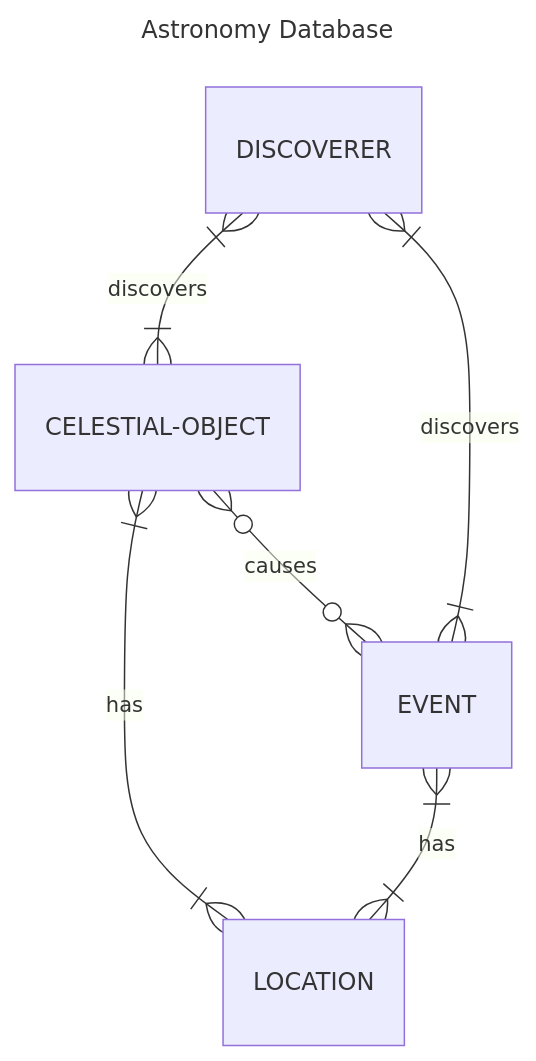
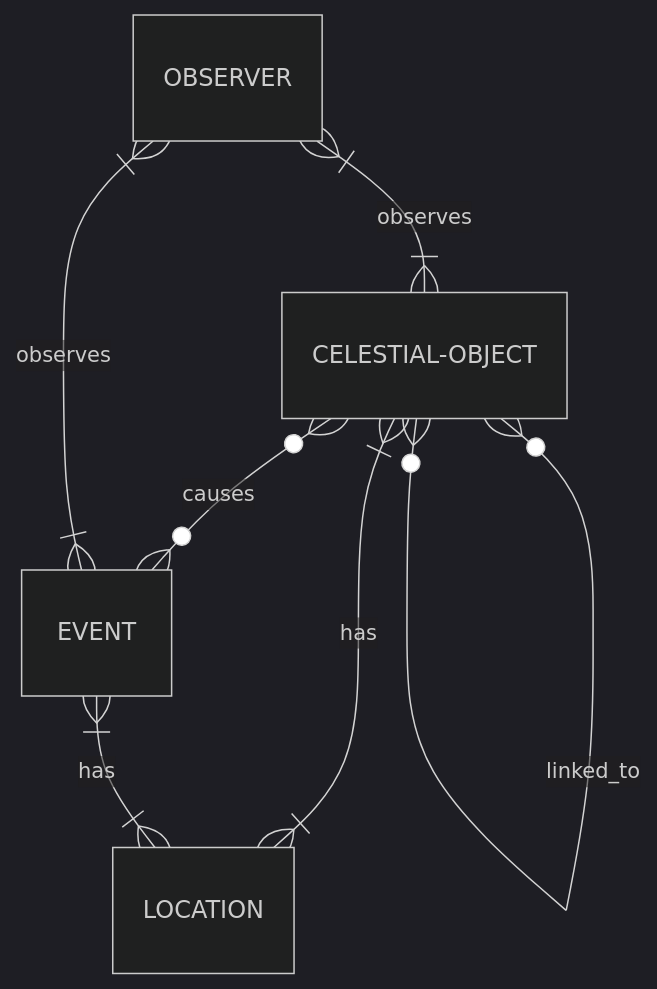
Before and after one commit to cmsc-vcu/cmsc508-fa2023-prj-astronomy_database_group53: the first of 2 diagrams in reports/projectOverview.qmd, drawn with Mermaid. The commit also changed other lines of this file and 1 other file, not shown here.

Commit message:
added schema

````diff
--- a/reports/projectOverview.qmd
+++ b/reports/projectOverview.qmd
@@ -51,11 +54,10 @@
 ```{mermaid}
----
-title: Astronomy Database
----
+%%{init: {'theme':'dark'}}%%
 erDiagram
     CELESTIAL-OBJECT }o--o{ EVENT : causes
-    DISCOVERER }|--|{ CELESTIAL-OBJECT : discovers
-    DISCOVERER }|--|{ EVENT : discovers
+    CELESTIAL-OBJECT }o--o{ CELESTIAL-OBJECT : linked_to
+    OBSERVER }|--|{ CELESTIAL-OBJECT : observes
+    OBSERVER }|--|{ EVENT : observes
     CELESTIAL-OBJECT }|--|{ LOCATION : has
     EVENT }|--|{ LOCATION : has
 ```
````
